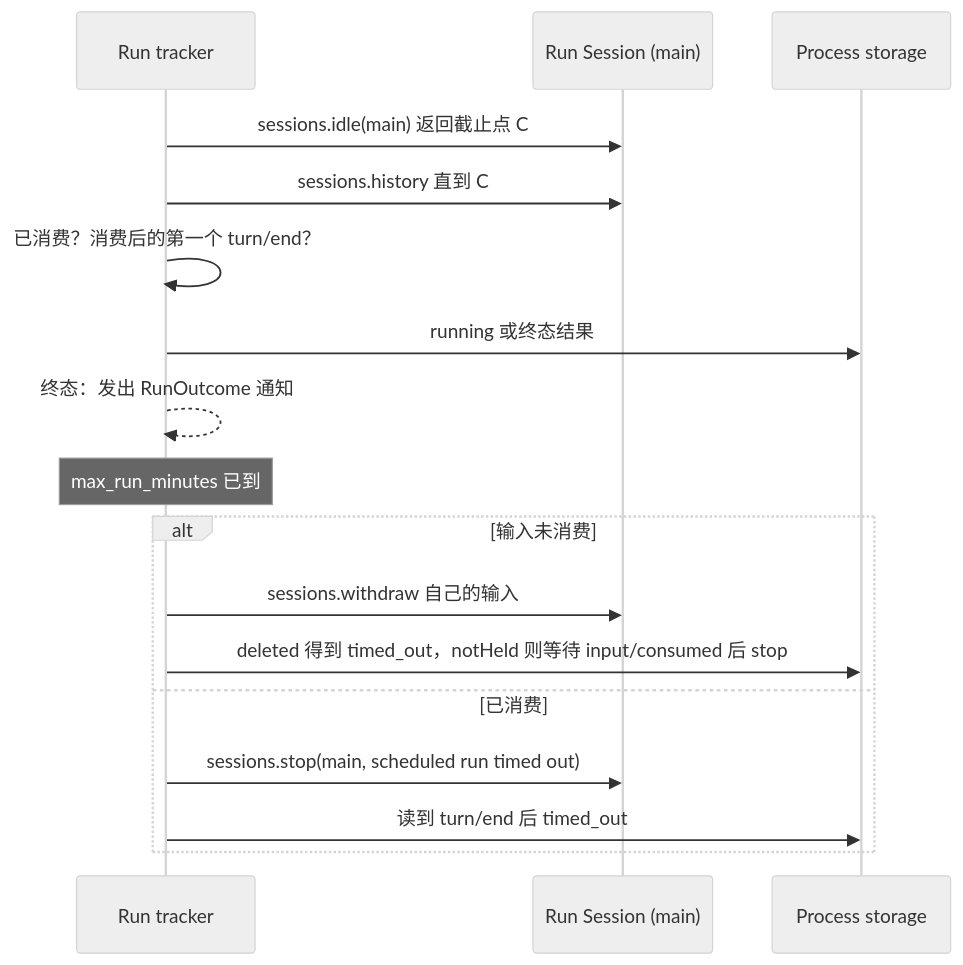
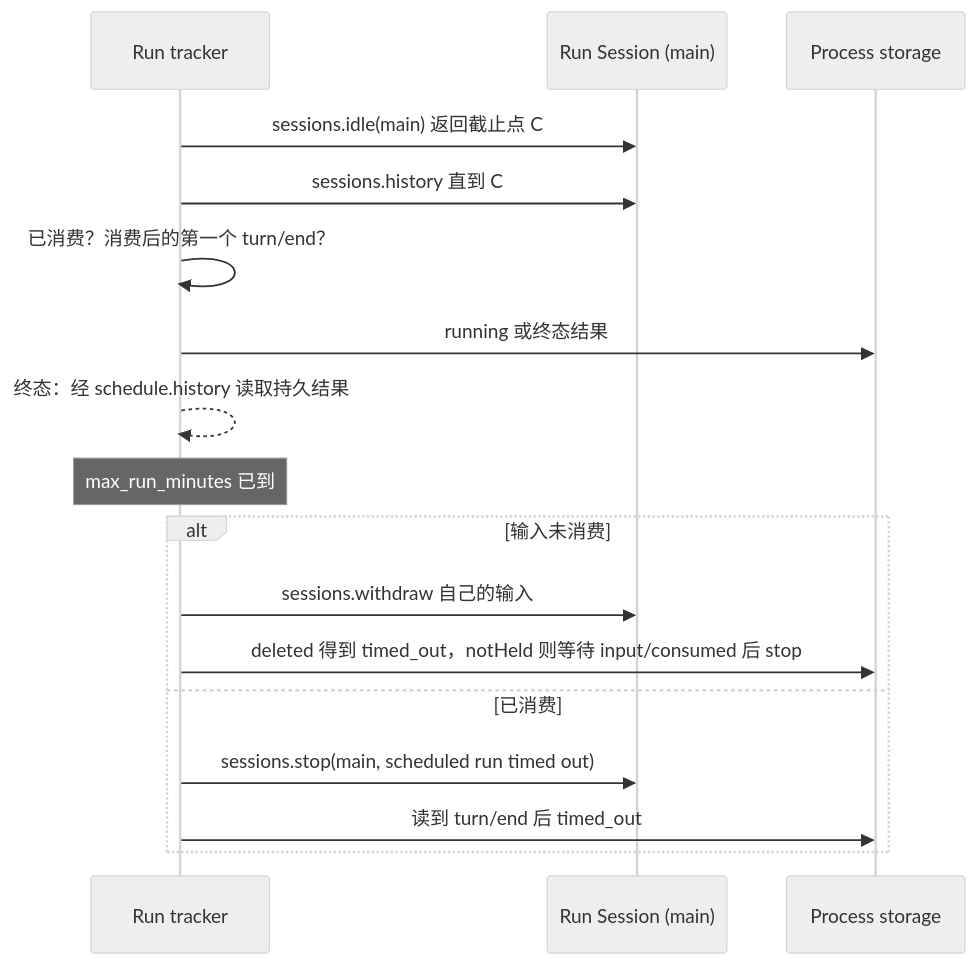
Before and after one commit to CoutinhoTTS/dim-agent: the fourth of 6 diagrams in docs/zh/design/plugins/Scheduler.md, drawn with Mermaid (neutral theme). The commit also changed other lines of this file and 3 other files, not shown here.

````diff
--- a/docs/zh/design/plugins/Scheduler.md
+++ b/docs/zh/design/plugins/Scheduler.md
@@ -117,19 +129,19 @@
 ```mermaid
 sequenceDiagram
   participant R as Run tracker
   participant S as Run Session (main)
   participant ST as Process storage
   R->>S: sessions.idle(main) 返回截止点 C
   R->>S: sessions.history 直到 C
   R->>R: 已消费？消费后的第一个 turn/end？
   R->>ST: running 或终态结果
-  R-->>R: 终态：发出 RunOutcome 通知
+  R-->>R: 终态：经 schedule.history 读取持久结果
   Note over R: max_run_minutes 已到
   alt 输入未消费
     R->>S: sessions.withdraw 自己的输入
     R->>ST: deleted 得到 timed_out，notHeld 则等待 input/consumed 后 stop
   else 已消费
     R->>S: sessions.stop(main, scheduled run timed out)
     R->>ST: 读到 turn/end 后 timed_out
   end
 ```
````
